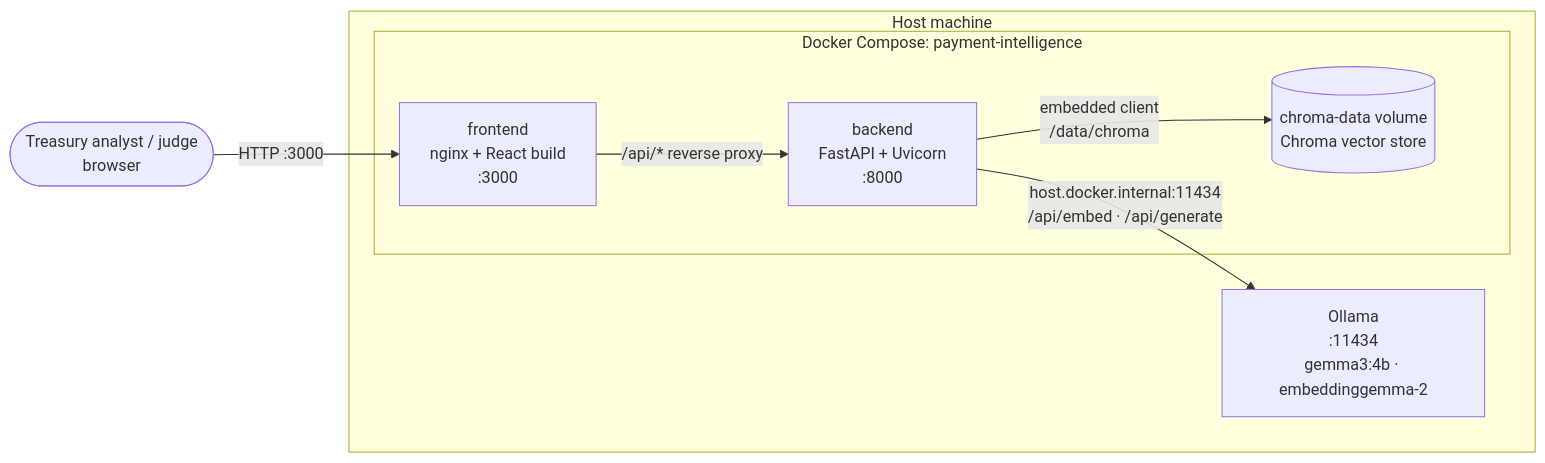
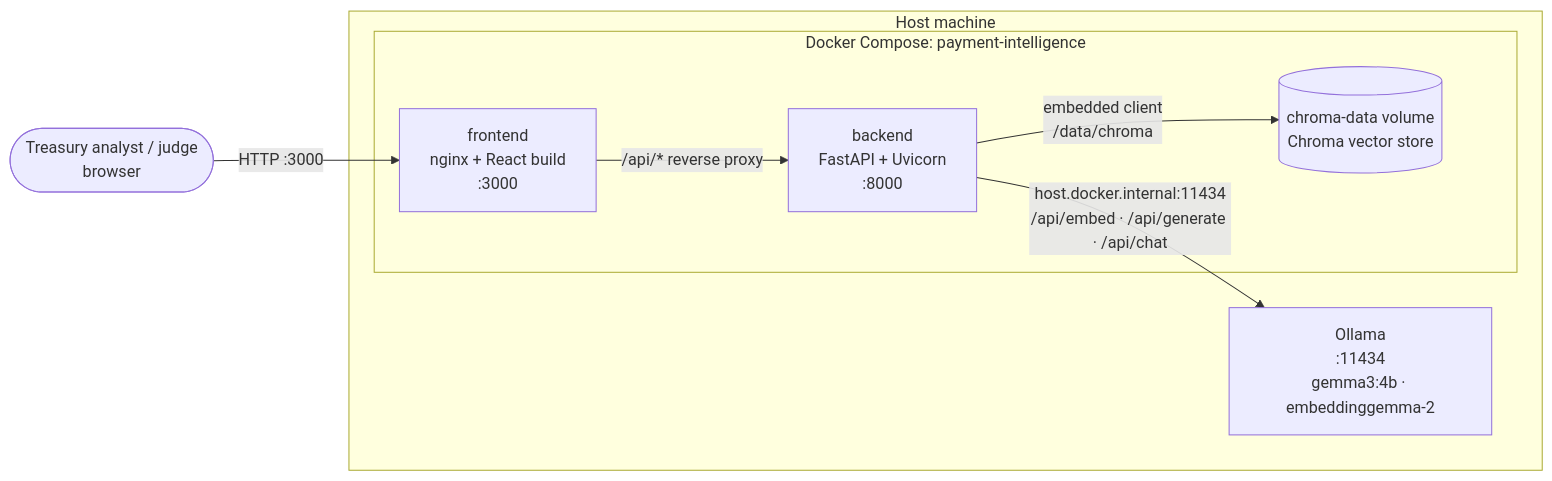
Before and after one commit to rajatrao/payment_intelligence: the first of 8 diagrams in docs/ARCHITECTURE.md, drawn with Mermaid. The commit also changed other lines of this file and 10 other files, not shown here.

````diff
--- a/docs/ARCHITECTURE.md
+++ b/docs/ARCHITECTURE.md
@@ -32,16 +32,16 @@
 ```mermaid
 flowchart LR
     user([Treasury analyst / judge<br/>browser])
     subgraph host["Host machine"]
         subgraph docker["Docker Compose: payment-intelligence"]
             fe["frontend<br/>nginx + React build<br/>:3000"]
             be["backend<br/>FastAPI + Uvicorn<br/>:8000"]
             vol[("chroma-data volume<br/>Chroma vector store")]
         end
         ollama["Ollama<br/>:11434<br/>gemma3:4b · embeddinggemma-2"]
     end
     user -- "HTTP :3000" --> fe
     fe -- "/api/* reverse proxy" --> be
     be -- "embedded client<br/>/data/chroma" --> vol
-    be -- "host.docker.internal:11434<br/>/api/embed · /api/generate" --> ollama
+    be -- "host.docker.internal:11434<br/>/api/embed · /api/generate · /api/chat" --> ollama
 ```
````
